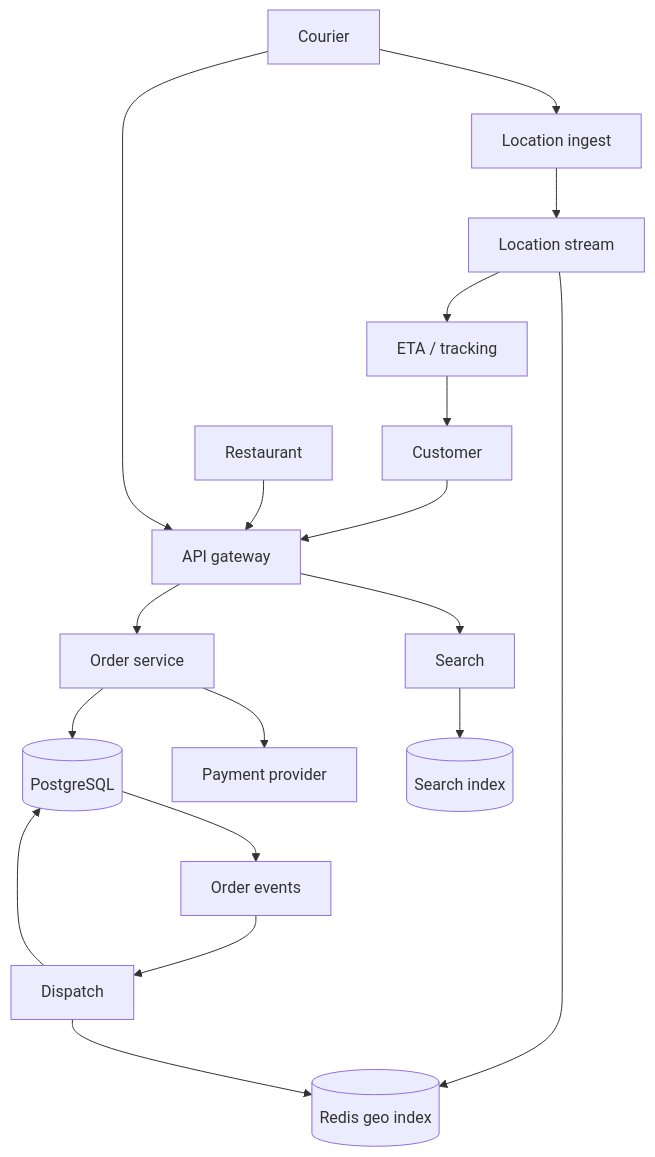
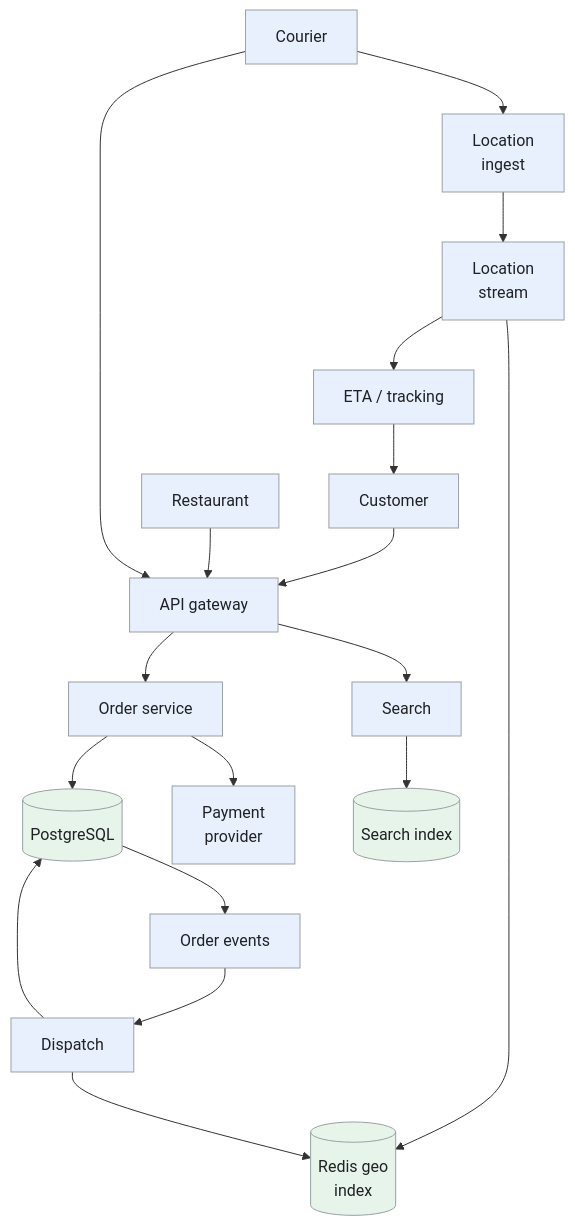
The first of 4 diagrams in _designs/system-design-local-delivery.md (iliazlobin/iliazlobin.github.io), drawn with Mermaid before and after one commit. The commit also changed other lines of this file and 131 other files, not shown here.

````diff
--- a/_designs/system-design-local-delivery.md
+++ b/_designs/system-design-local-delivery.md
@@ -158,20 +158,25 @@
 ```mermaid
 flowchart TB
   C["Customer"] --> API["API gateway"]
   R["Restaurant"] --> API
   D["Courier"] --> API
   API --> S["Search"]
   API --> O["Order service"]
   O --> DB[("PostgreSQL")]
-  O --> P["Payment provider"]
+  O --> P["Payment<br>provider"]
   DB --> E["Order events"]
   E --> MATCH["Dispatch"]
   MATCH --> DB
-  D --> L["Location ingest"]
-  L --> GPS["Location stream"]
-  GPS --> GEO[("Redis geo index")]
+  D --> L["Location<br>ingest"]
+  L --> GPS["Location<br>stream"]
+  GPS --> GEO[("Redis geo<br>index")]
   MATCH --> GEO
   GPS --> ETA["ETA / tracking"]
   ETA --> C
   S --> IDX[("Search index")]
+  classDef request fill:#e8f0fe,stroke:#9aa0a6,color:#202124,stroke-width:1px
+  classDef background fill:#e6f4ea,stroke:#9aa0a6,color:#202124,stroke-width:1px
+  classDef control fill:#fef7e0,stroke:#9aa0a6,color:#202124,stroke-width:1px
+  class C,API,R,D,S,O,P,E,MATCH,L,GPS,ETA request
+  class DB,GEO,IDX background
 ```
````
